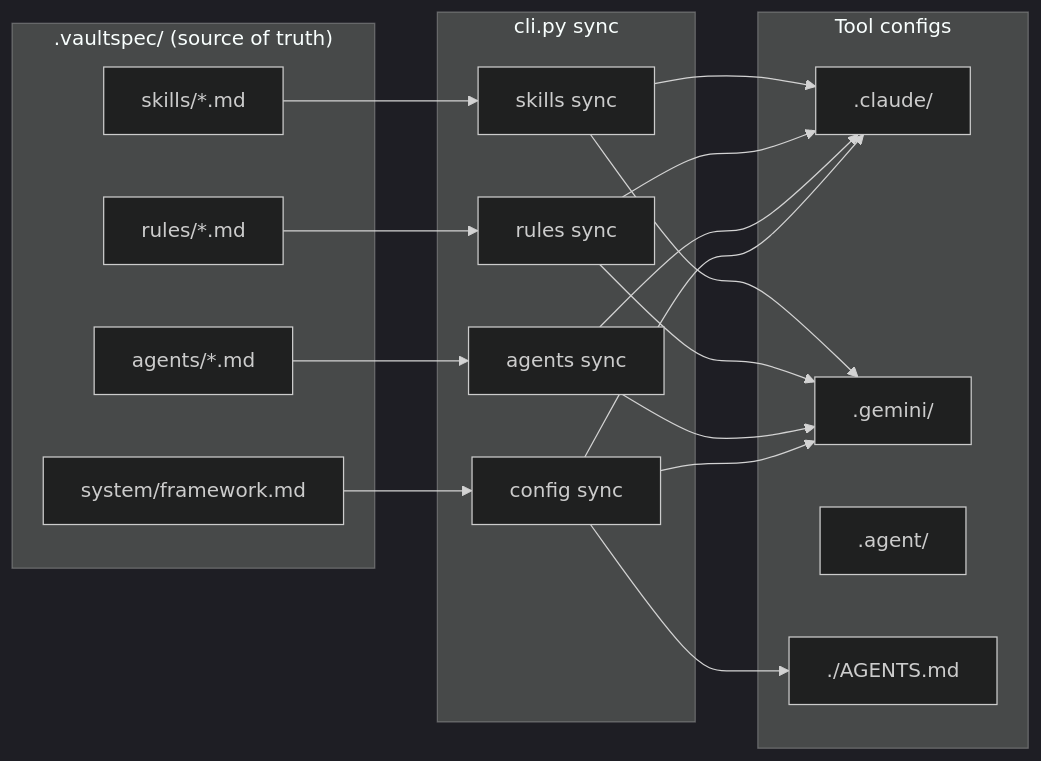
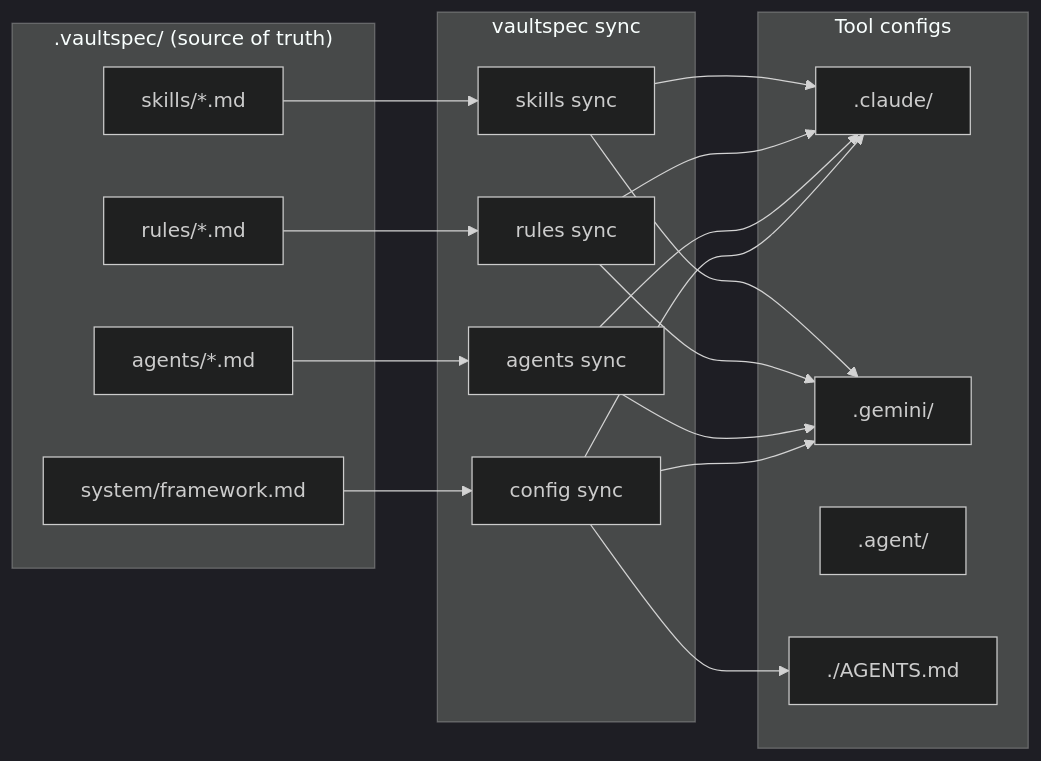
Before and after one commit to wgergely/vaultspec-core: the second of 3 diagrams in .vaultspec/docs/concepts.md, drawn with Mermaid (dark theme). The commit also changed other lines of this file and 10 other files, not shown here.

First line of the commit message:
docs: update legacy script references to vaultspec CLI

````diff
--- a/.vaultspec/docs/concepts.md
+++ b/.vaultspec/docs/concepts.md
@@ -411,28 +421,28 @@
 ```mermaid
 flowchart LR
     subgraph Source[".vaultspec/ (source of truth)"]
         FW["system/framework.md"]
         AG["agents/*.md"]
         RU["rules/*.md"]
         SK["skills/*.md"]
     end
 
-    subgraph Transform["cli.py sync"]
+    subgraph Transform["vaultspec sync"]
         CS["config sync"]
         RS["rules sync"]
         AS["agents sync"]
         SS["skills sync"]
     end
 
     subgraph Destinations["Tool configs"]
         CL[".claude/"]
         GE[".gemini/"]
         AN[".agent/"]
         RT["./AGENTS.md"]
     end
 
     FW --> CS --> CL & GE & RT
     AG --> AS --> CL & GE
     RU --> RS --> CL & GE
     SK --> SS --> CL & GE
 ```
````
